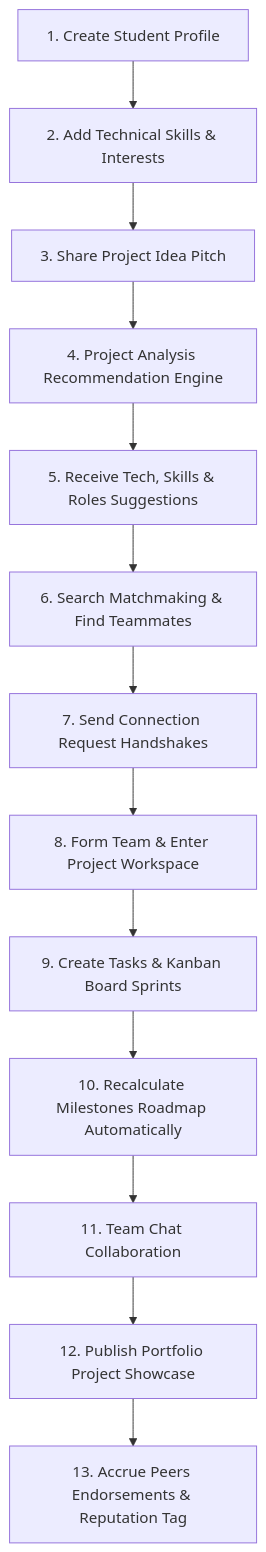
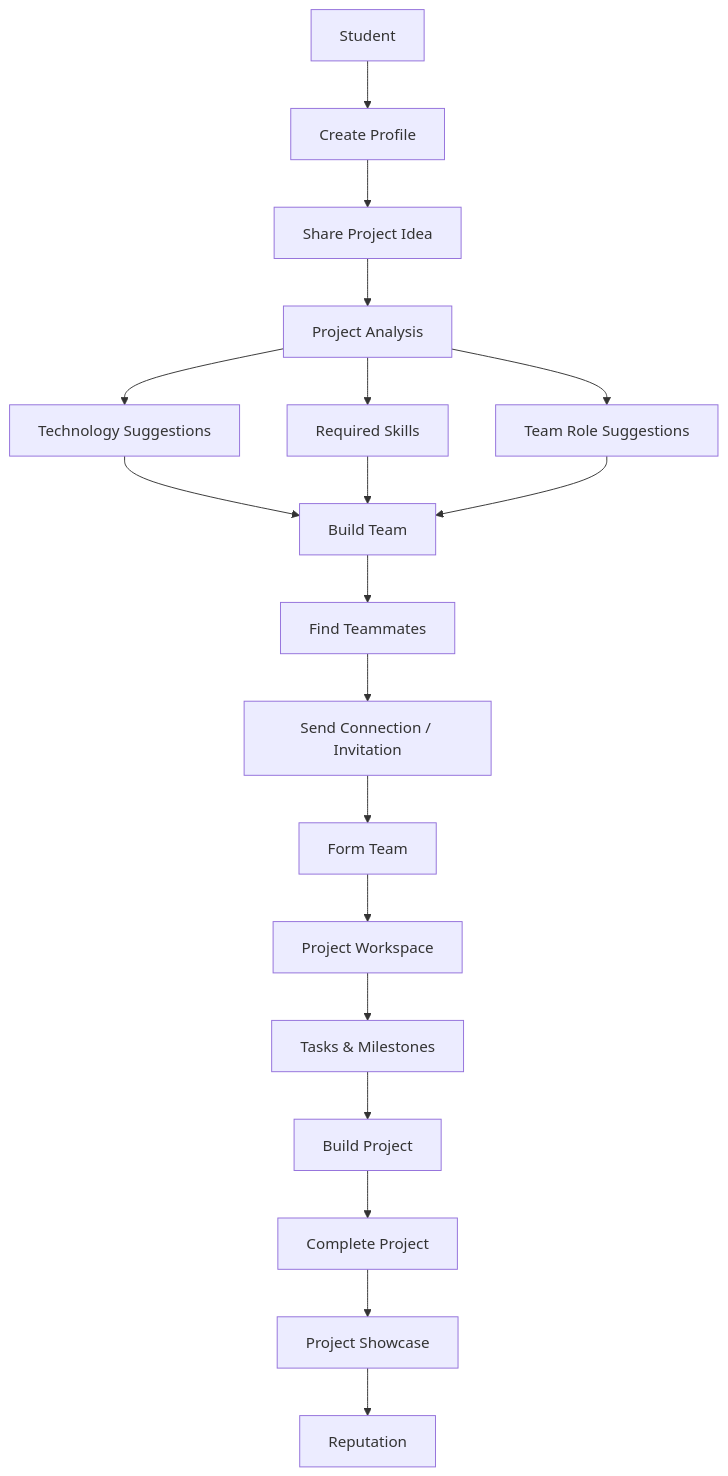
The diagram in README.md (aravindaariv0904-collab/projecthub2), drawn with Mermaid before and after one commit. The commit also changed other lines of this file, not shown here.

Commit message:
docs: improve ProjectHub README

````diff
--- a/README.md
+++ b/README.md
@@ -14,15 +189,21 @@
 ```mermaid
-graph TD
-    A[1. Create Student Profile] --> B[2. Add Technical Skills & Interests]
-    B --> C[3. Share Project Idea Pitch]
-    C --> D[4. Project Analysis Recommendation Engine]
-    D --> E[5. Receive Tech, Skills & Roles Suggestions]
-    E --> F[6. Search Matchmaking & Find Teammates]
-    F --> G[7. Send Connection Request Handshakes]
-    G --> H[8. Form Team & Enter Project Workspace]
-    H --> I[9. Create Tasks & Kanban Board Sprints]
-    I --> J[10. Recalculate Milestones Roadmap Automatically]
-    J --> K[11. Team Chat Collaboration]
-    K --> L[12. Publish Portfolio Project Showcase]
-    L --> M[13. Accrue Peers Endorsements & Reputation Tag]
+flowchart TD
+    A[Student] --> B[Create Profile]
+    B --> C[Share Project Idea]
+    C --> D[Project Analysis]
+    D --> E[Technology Suggestions]
+    D --> F[Required Skills]
+    D --> G[Team Role Suggestions]
+    E --> H[Build Team]
+    F --> H
+    G --> H
+    H --> I[Find Teammates]
+    I --> J[Send Connection / Invitation]
+    J --> K[Form Team]
+    K --> L[Project Workspace]
+    L --> M[Tasks & Milestones]
+    M --> N[Build Project]
+    N --> O[Complete Project]
+    O --> P[Project Showcase]
+    P --> Q[Reputation]
 ```
````
